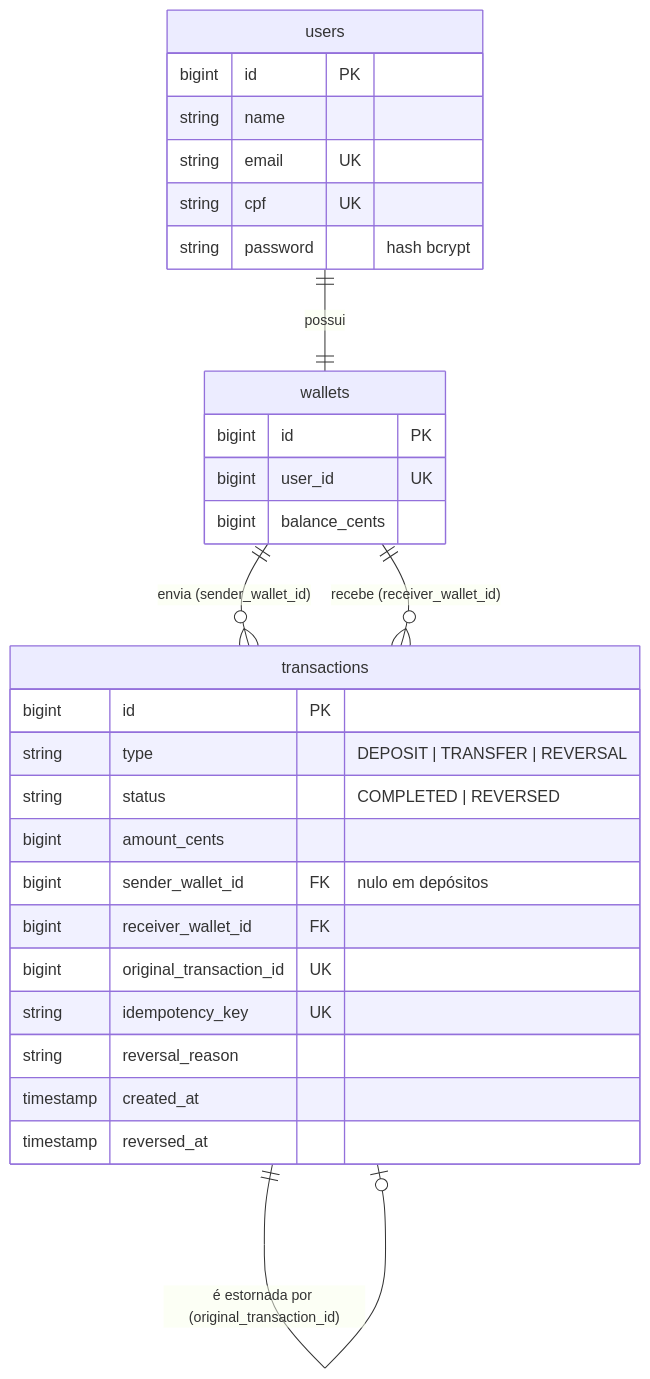
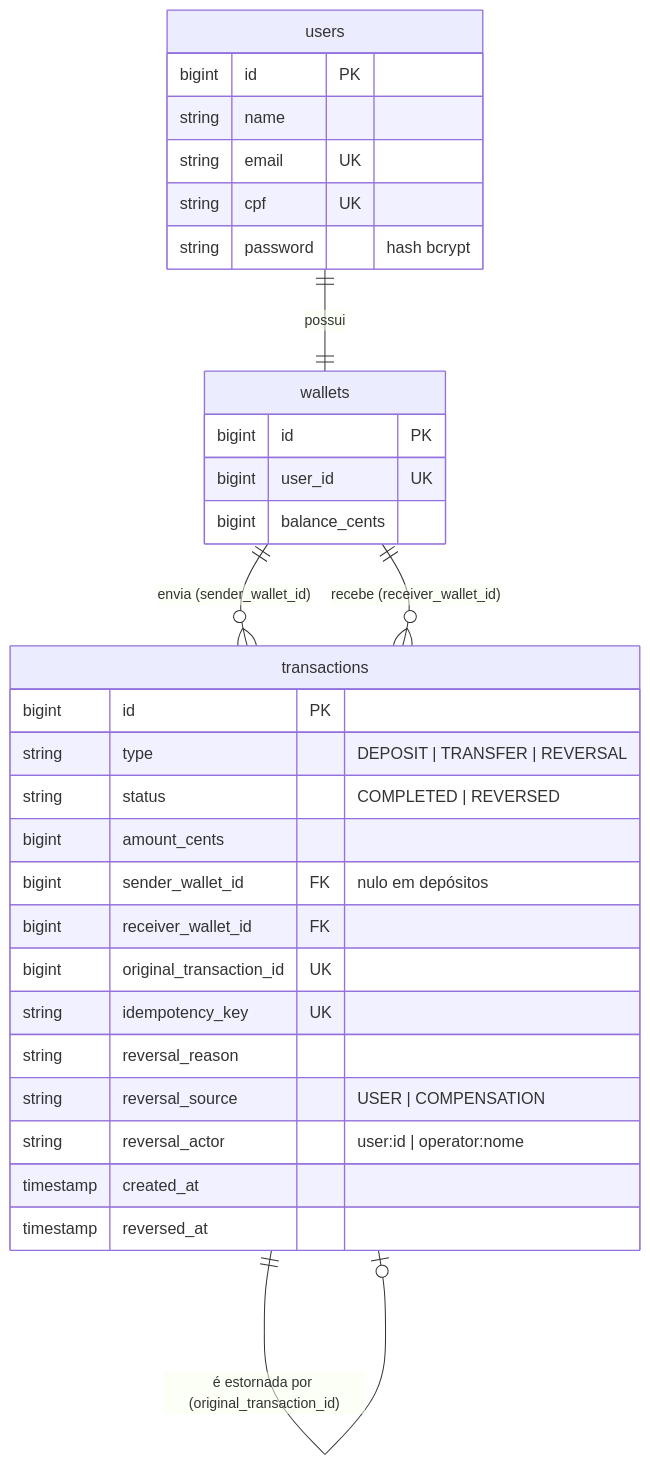
Before and after one commit to gabriel-andradev/desafio-dev-php: the fourth of 4 diagrams in README.md, drawn with Mermaid. The commit also changed other lines of this file and 10 other files, not shown here.

````diff
--- a/README.md
+++ b/README.md
@@ -141,27 +148,29 @@
 ```mermaid
 erDiagram
     users ||--|| wallets : possui
     wallets ||--o{ transactions : "envia (sender_wallet_id)"
     wallets ||--o{ transactions : "recebe (receiver_wallet_id)"
     transactions ||--o| transactions : "é estornada por (original_transaction_id)"
 
     users { bigint id PK
             string name
             string email UK
             string cpf UK
             string password "hash bcrypt" }
     wallets { bigint id PK
               bigint user_id UK
               bigint balance_cents }
     transactions { bigint id PK
                    string type "DEPOSIT | TRANSFER | REVERSAL"
                    string status "COMPLETED | REVERSED"
                    bigint amount_cents
                    bigint sender_wallet_id FK "nulo em depósitos"
                    bigint receiver_wallet_id FK
                    bigint original_transaction_id UK
                    string idempotency_key UK
                    string reversal_reason
+                   string reversal_source "USER | COMPENSATION"
+                   string reversal_actor "user:id | operator:nome"
                    timestamp created_at
                    timestamp reversed_at }
 ```
````
